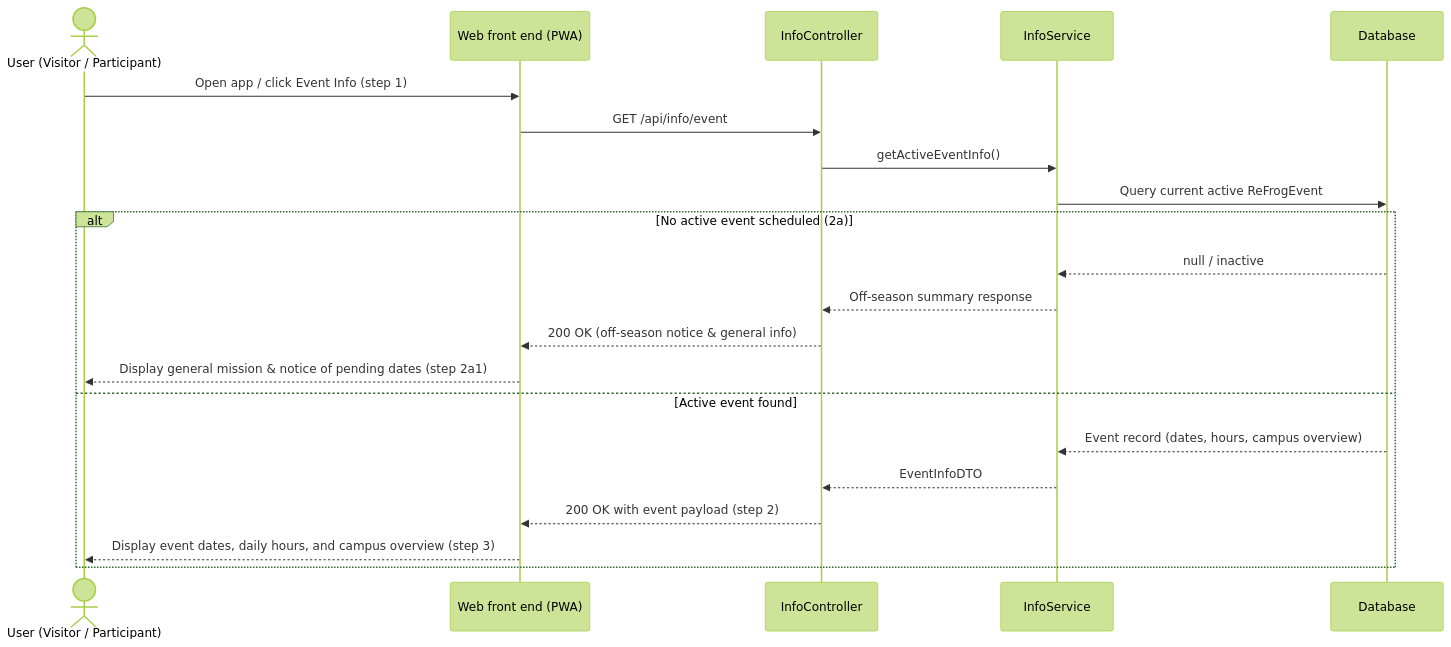
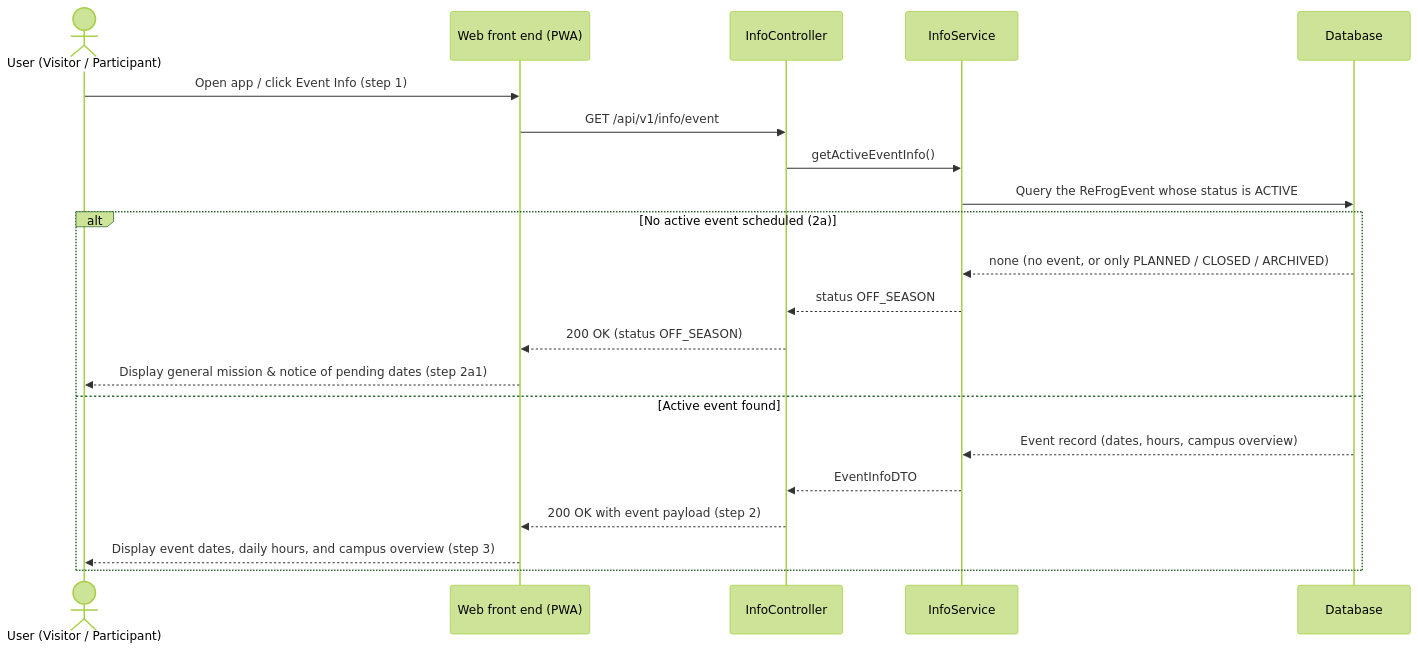
One commit to evelyntrann/cosc-40943-team-3-refrog changed the fourth of 8 diagrams in docs/design/INF.md. Above: the diagram before and after it, drawn with Mermaid (forest theme). The commit also changed other lines of this file and 1 other file, not shown here.

Commit message:
Record the event-info build in INF.md and traceability (#99)
Design change: the event route is GET /api/v1/info/event in the shared
envelope (architecture §8.2.3), only ACTIVE events are shown, and INF
owns the ReFrogEvent table with no write path until an ADM event
configuration use case exists.

````diff
--- a/docs/design/INF.md
+++ b/docs/design/INF.md
@@ -172,24 +174,24 @@
 ```mermaid
 sequenceDiagram
     actor U as User (Visitor / Participant)
     participant WEB as Web front end (PWA)
     participant IC as InfoController
     participant IS as InfoService
     participant DB as Database
 
     U->>WEB: Open app / click Event Info (step 1)
-    WEB->>IC: GET /api/info/event
+    WEB->>IC: GET /api/v1/info/event
     IC->>IS: getActiveEventInfo()
-    IS->>DB: Query current active ReFrogEvent
+    IS->>DB: Query the ReFrogEvent whose status is ACTIVE
     alt No active event scheduled (2a)
-        DB-->>IS: null / inactive
-        IS-->>IC: Off-season summary response
-        IC-->>WEB: 200 OK (off-season notice & general info)
+        DB-->>IS: none (no event, or only PLANNED / CLOSED / ARCHIVED)
+        IS-->>IC: status OFF_SEASON
+        IC-->>WEB: 200 OK (status OFF_SEASON)
         WEB-->>U: Display general mission & notice of pending dates (step 2a1)
     else Active event found
         DB-->>IS: Event record (dates, hours, campus overview)
         IS-->>IC: EventInfoDTO
         IC-->>WEB: 200 OK with event payload (step 2)
         WEB-->>U: Display event dates, daily hours, and campus overview (step 3)
     end
 ```
````
